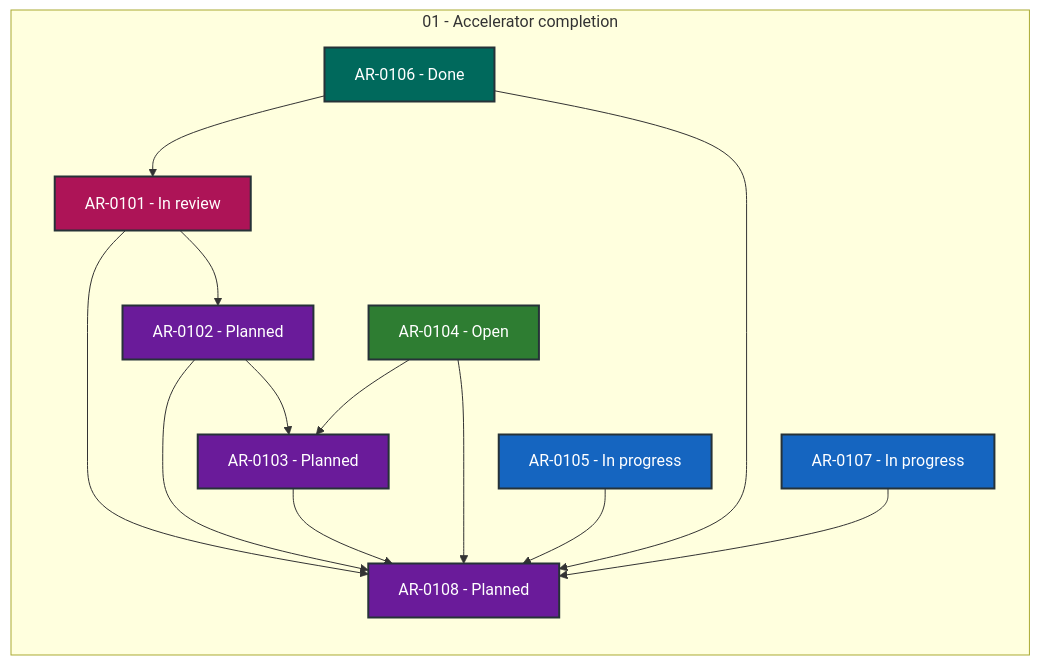
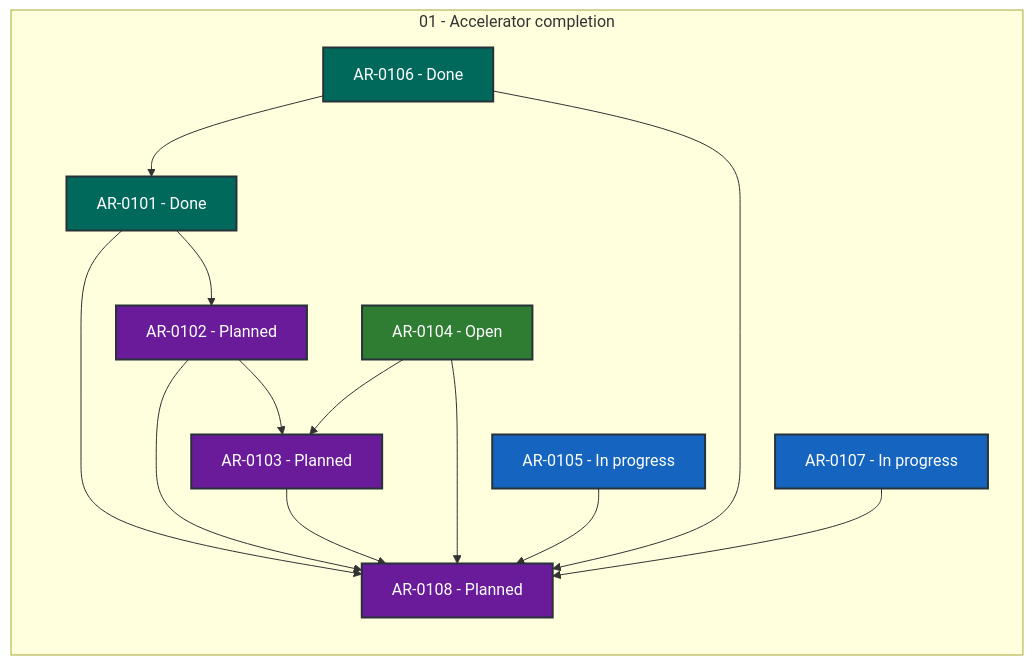
Before and after one commit to locutus3009/exgame: the diagram in coordination/STATUS.md, drawn with Mermaid. The commit also changed other lines of this file and 2 other files, not shown here.

Commit message:
chore(state): review AR-0101

````diff
--- a/coordination/STATUS.md
+++ b/coordination/STATUS.md
@@ -28,34 +28,34 @@
 ```mermaid
 flowchart LR
     subgraph series_01["01 - Accelerator completion"]
         direction TB
-        AR_0101["AR-0101 - In review"]:::status_in_review
+        AR_0101["AR-0101 - Done"]:::status_done
         AR_0102["AR-0102 - Planned"]:::status_planned
         AR_0103["AR-0103 - Planned"]:::status_planned
         AR_0104["AR-0104 - Open"]:::status_open
         AR_0105["AR-0105 - In progress"]:::status_in_progress
         AR_0106["AR-0106 - Done"]:::status_done
         AR_0107["AR-0107 - In progress"]:::status_in_progress
         AR_0108["AR-0108 - Planned"]:::status_planned
     end
     AR_0101 --> AR_0102
     AR_0101 --> AR_0108
     AR_0102 --> AR_0103
     AR_0102 --> AR_0108
     AR_0103 --> AR_0108
     AR_0104 --> AR_0103
     AR_0104 --> AR_0108
     AR_0105 --> AR_0108
     AR_0106 --> AR_0101
     AR_0106 --> AR_0108
     AR_0107 --> AR_0108
     classDef status_in_progress fill:#1565c0,color:#ffffff,stroke:#263238,stroke-width:2px
     classDef status_in_review fill:#ad1457,color:#ffffff,stroke:#263238,stroke-width:2px
     classDef status_open fill:#2e7d32,color:#ffffff,stroke:#263238,stroke-width:2px
     classDef status_blocked fill:#c62828,color:#ffffff,stroke:#263238,stroke-width:2px
     classDef status_planned fill:#6a1b9a,color:#ffffff,stroke:#263238,stroke-width:2px
     classDef status_future fill:#455a64,color:#ffffff,stroke:#263238,stroke-width:2px
     classDef status_done fill:#00695c,color:#ffffff,stroke:#263238,stroke-width:2px
     classDef status_cancelled fill:#616161,color:#ffffff,stroke:#263238,stroke-width:2px
     classDef status_superseded fill:#5d4037,color:#ffffff,stroke:#263238,stroke-width:2px
 ```
````
